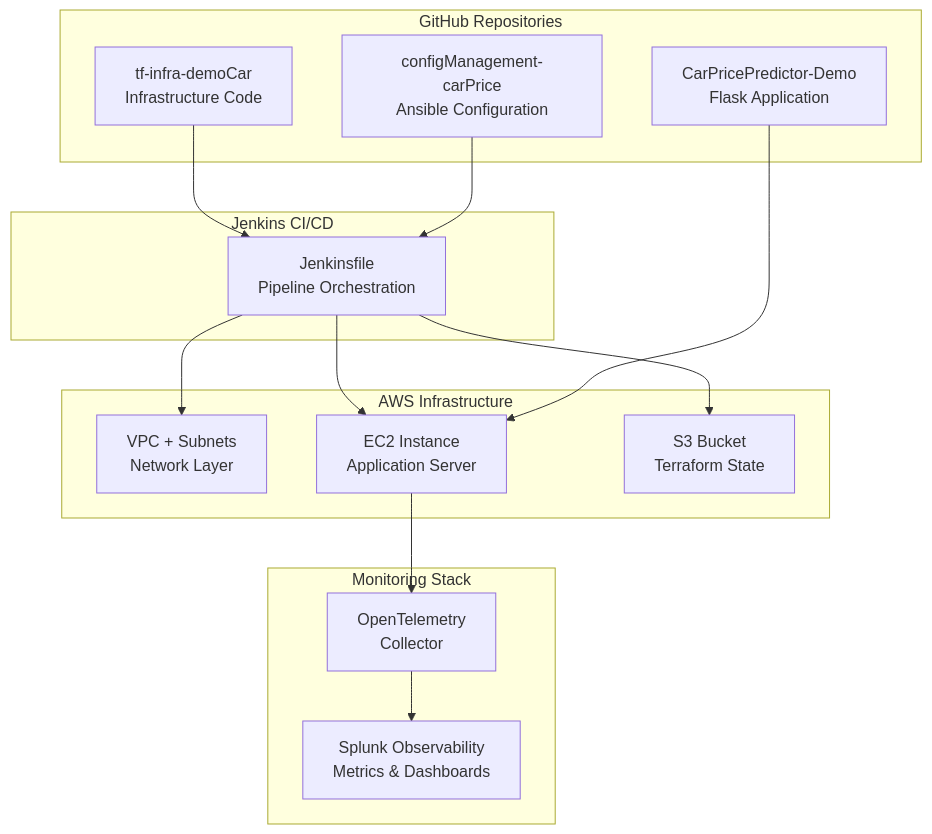
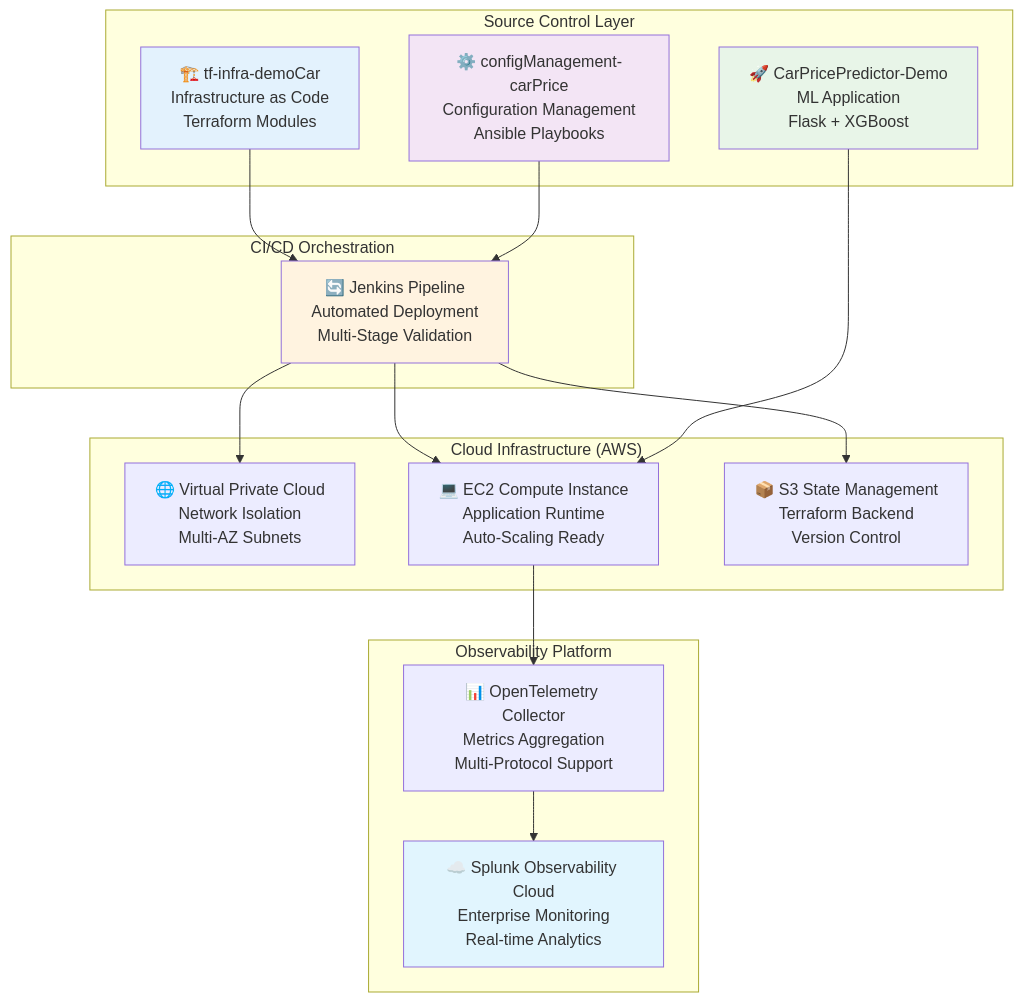
The first of 5 diagrams in docs/jenkins/DOCUMENTATION_FOR_EXPO.md (andreaendigital/CarPricePredictor-Demo), drawn with Mermaid before and after one commit. The commit also changed other lines of this file, not shown here.

First line of the commit message:
docs: consolidate metrics into single 'Implemented Metrics' section

````diff
--- a/docs/jenkins/DOCUMENTATION_FOR_EXPO.md
+++ b/docs/jenkins/DOCUMENTATION_FOR_EXPO.md
@@ -17,32 +19,38 @@
 ```mermaid
 graph TB
-    subgraph "GitHub Repositories"
-        A[tf-infra-demoCar<br/>Infrastructure Code]
-        B[configManagement-carPrice<br/>Ansible Configuration]
-        C[CarPricePredictor-Demo<br/>Flask Application]
+    subgraph "Source Control Layer"
+        A[🏗️ tf-infra-demoCar<br/>Infrastructure as Code<br/>Terraform Modules]
+        B[⚙️ configManagement-carPrice<br/>Configuration Management<br/>Ansible Playbooks]
+        C[🚀 CarPricePredictor-Demo<br/>ML Application<br/>Flask + XGBoost]
     end
 
-    subgraph "Jenkins CI/CD"
-        D[Jenkinsfile<br/>Pipeline Orchestration]
+    subgraph "CI/CD Orchestration"
+        D[🔄 Jenkins Pipeline<br/>Automated Deployment<br/>Multi-Stage Validation]
     end
 
-    subgraph "AWS Infrastructure"
-        E[VPC + Subnets<br/>Network Layer]
-        F[EC2 Instance<br/>Application Server]
-        I[S3 Bucket<br/>Terraform State]
+    subgraph "Cloud Infrastructure (AWS)"
+        E[🌐 Virtual Private Cloud<br/>Network Isolation<br/>Multi-AZ Subnets]
+        F[💻 EC2 Compute Instance<br/>Application Runtime<br/>Auto-Scaling Ready]
+        I[📦 S3 State Management<br/>Terraform Backend<br/>Version Control]
     end
 
-    subgraph "Monitoring Stack"
-        J[Splunk Observability<br/>Metrics & Dashboards]
-        K[OpenTelemetry<br/>Collector]
+    subgraph "Observability Platform"
+        J[☁️ Splunk Observability Cloud<br/>Enterprise Monitoring<br/>Real-time Analytics]
+        K[📊 OpenTelemetry Collector<br/>Metrics Aggregation<br/>Multi-Protocol Support]
     end
 
     A --> D
     B --> D
     D --> E
     D --> F
     D --> I
     C --> F
     F --> K
     K --> J
+
+    style A fill:#e3f2fd
+    style B fill:#f3e5f5
+    style C fill:#e8f5e8
+    style D fill:#fff3e0
+    style J fill:#e1f5fe
 ```
````
